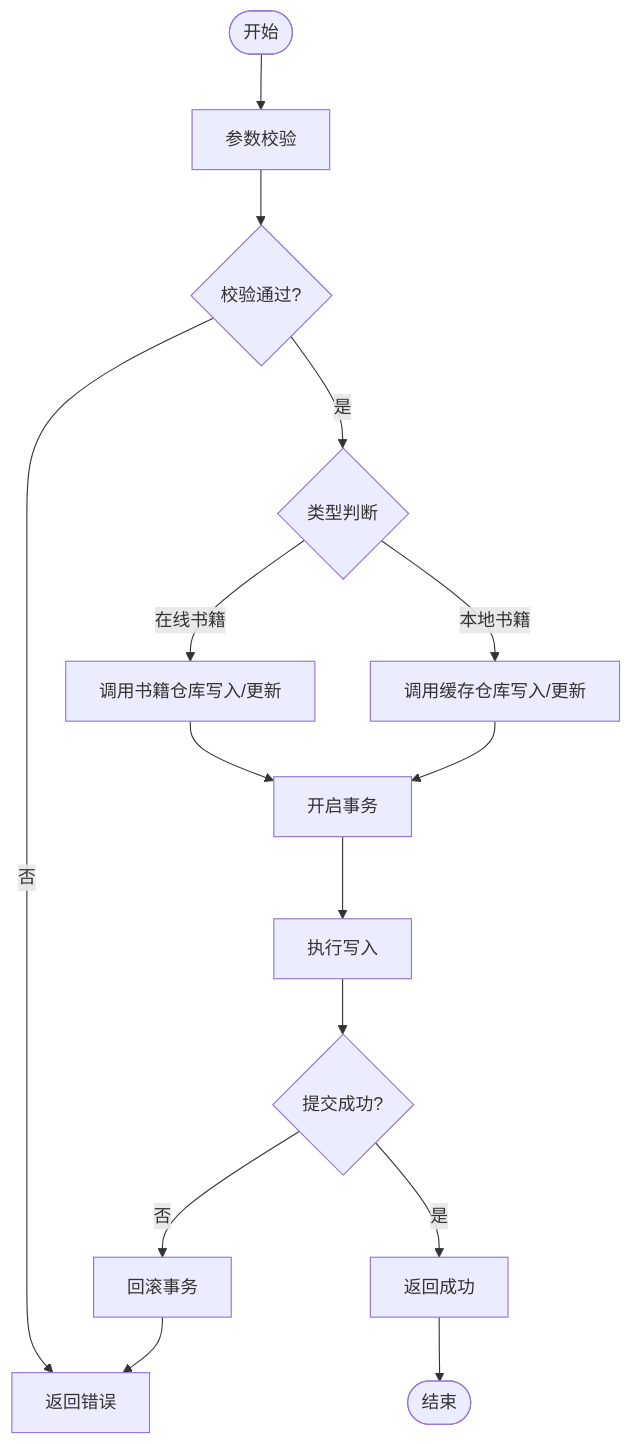
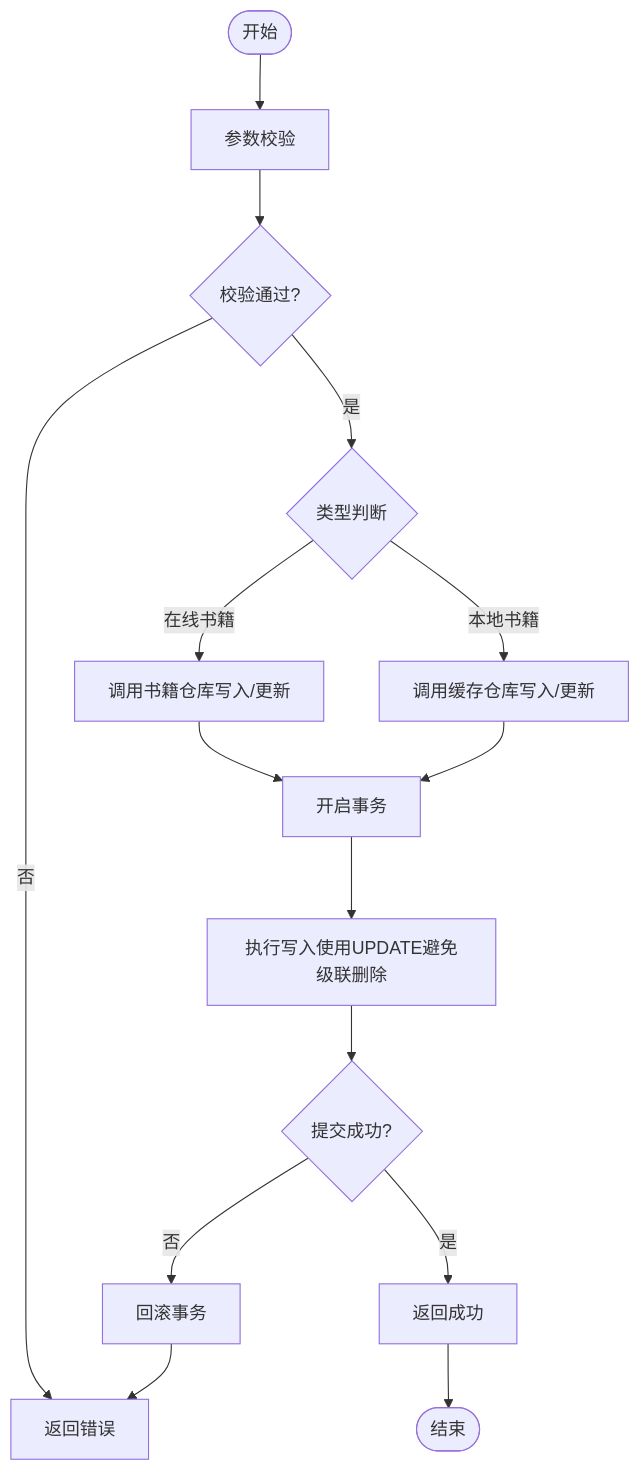
Before and after one commit to ZhangGHGitHub/LegadoTeamFlutter: the third of 7 diagrams in .qoder/repowiki/zh/content/Flutter跨平台应用/状态管理/书架Provider/书籍CRUD操作.md, drawn with Mermaid. The commit also changed other lines of this file and 173 other files, not shown here.

````diff
--- a/.qoder/repowiki/zh/content/Flutter跨平台应用/状态管理/书架Provider/书籍CRUD操作.md
+++ b/.qoder/repowiki/zh/content/Flutter跨平台应用/状态管理/书架Provider/书籍CRUD操作.md
@@ -175,17 +186,17 @@
 ```mermaid
 flowchart TD
 Start(["开始"]) --> Validate["参数校验"]
 Validate --> Valid{"校验通过?"}
 Valid --> |否| Error["返回错误"]
 Valid --> |是| Branch{"类型判断"}
 Branch --> |在线书籍| Online["调用书籍仓库写入/更新"]
 Branch --> |本地书籍| Local["调用缓存仓库写入/更新"]
 Online --> TxnStart["开启事务"]
 Local --> TxnStart
-TxnStart --> Write["执行写入"]
+TxnStart --> Write["执行写入使用UPDATE避免级联删除"]
 Write --> Commit{"提交成功?"}
 Commit --> |是| Success["返回成功"]
 Commit --> |否| Rollback["回滚事务"]
 Rollback --> Error
 Success --> End(["结束"])
 ```
````
